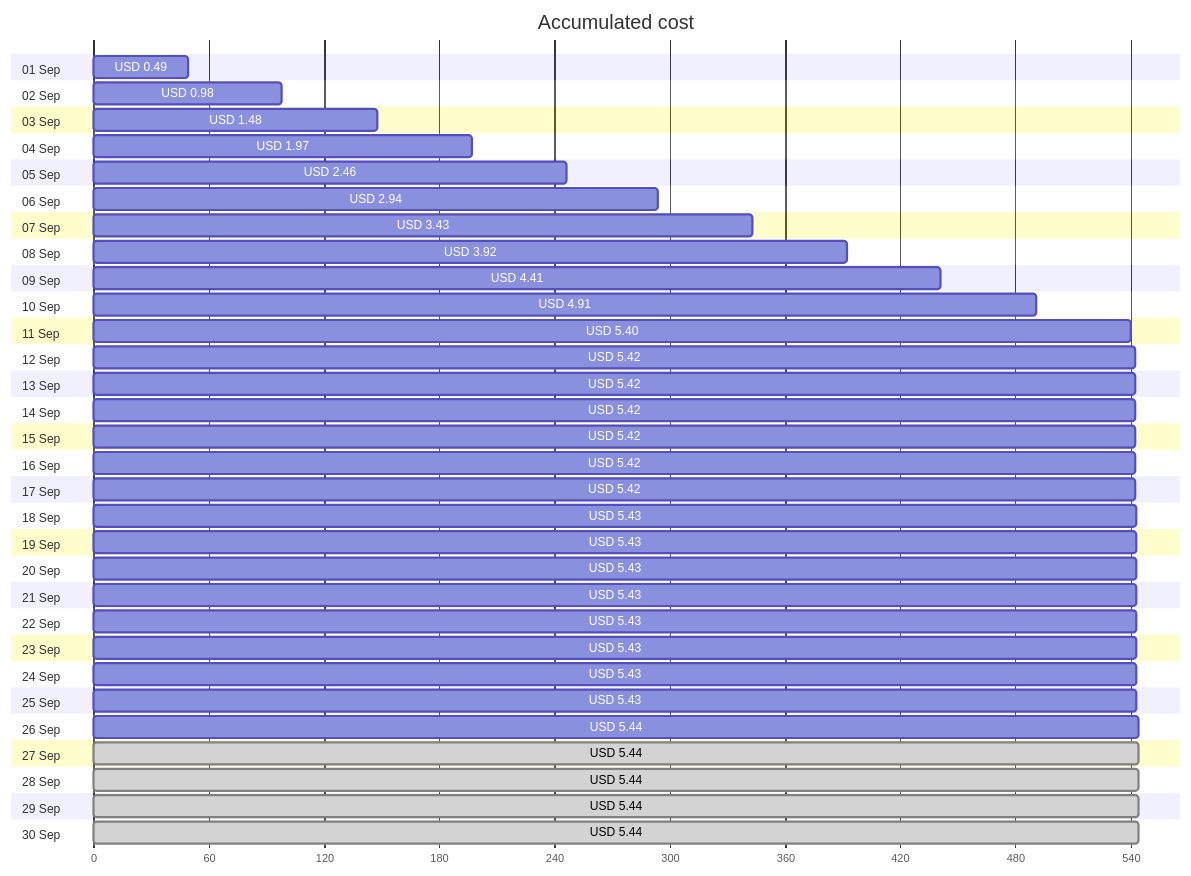
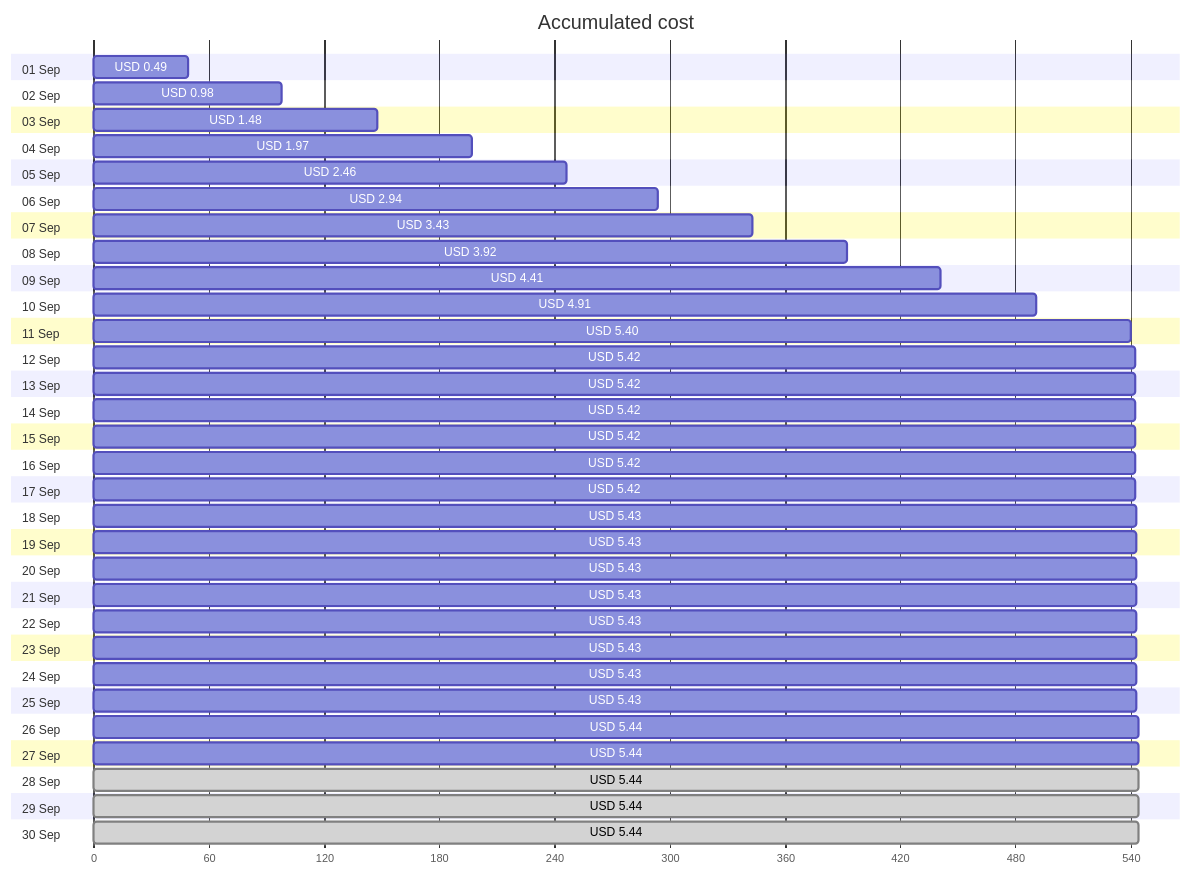
One commit to jpfulton/azure-personal-reports changed the first of 4 diagrams in cost-reports/personal-site/personalsiteapistorage.md. Above: the diagram before and after it, drawn with Mermaid. The commit also changed other lines of this file and 7 other files, not shown here.

````diff
--- a/cost-reports/personal-site/personalsiteapistorage.md
+++ b/cost-reports/personal-site/personalsiteapistorage.md
@@ -20,66 +20,66 @@
 ```mermaid
 gantt
    title Accumulated cost
    dateFormat  X
    axisFormat %s
    section 01 Sep
    USD 0.49 :0, 49
    section 02 Sep
    USD 0.98 :0, 98
    section 03 Sep
    USD 1.48 :0, 148
    section 04 Sep
    USD 1.97 :0, 197
    section 05 Sep
    USD 2.46 :0, 246
    section 06 Sep
    USD 2.94 :0, 294
    section 07 Sep
    USD 3.43 :0, 343
    section 08 Sep
    USD 3.92 :0, 392
    section 09 Sep
    USD 4.41 :0, 441
    section 10 Sep
    USD 4.91 :0, 491
    section 11 Sep
    USD 5.40 :0, 540
    section 12 Sep
    USD 5.42 :0, 542
    section 13 Sep
    USD 5.42 :0, 542
    section 14 Sep
    USD 5.42 :0, 542
    section 15 Sep
    USD 5.42 :0, 542
    section 16 Sep
    USD 5.42 :0, 542
    section 17 Sep
    USD 5.42 :0, 542
    section 18 Sep
    USD 5.43 :0, 543
    section 19 Sep
    USD 5.43 :0, 543
    section 20 Sep
    USD 5.43 :0, 543
    section 21 Sep
    USD 5.43 :0, 543
    section 22 Sep
    USD 5.43 :0, 543
    section 23 Sep
    USD 5.43 :0, 543
    section 24 Sep
    USD 5.43 :0, 543
    section 25 Sep
    USD 5.43 :0, 543
    section 26 Sep
    USD 5.44 :0, 544
    section 27 Sep
-   USD 5.44 : done, 0, 544
+   USD 5.44 :0, 544
    section 28 Sep
    USD 5.44 : done, 0, 544
    section 29 Sep
    USD 5.44 : done, 0, 544
    section 30 Sep
    USD 5.44 : done, 0, 544
 ```
````
